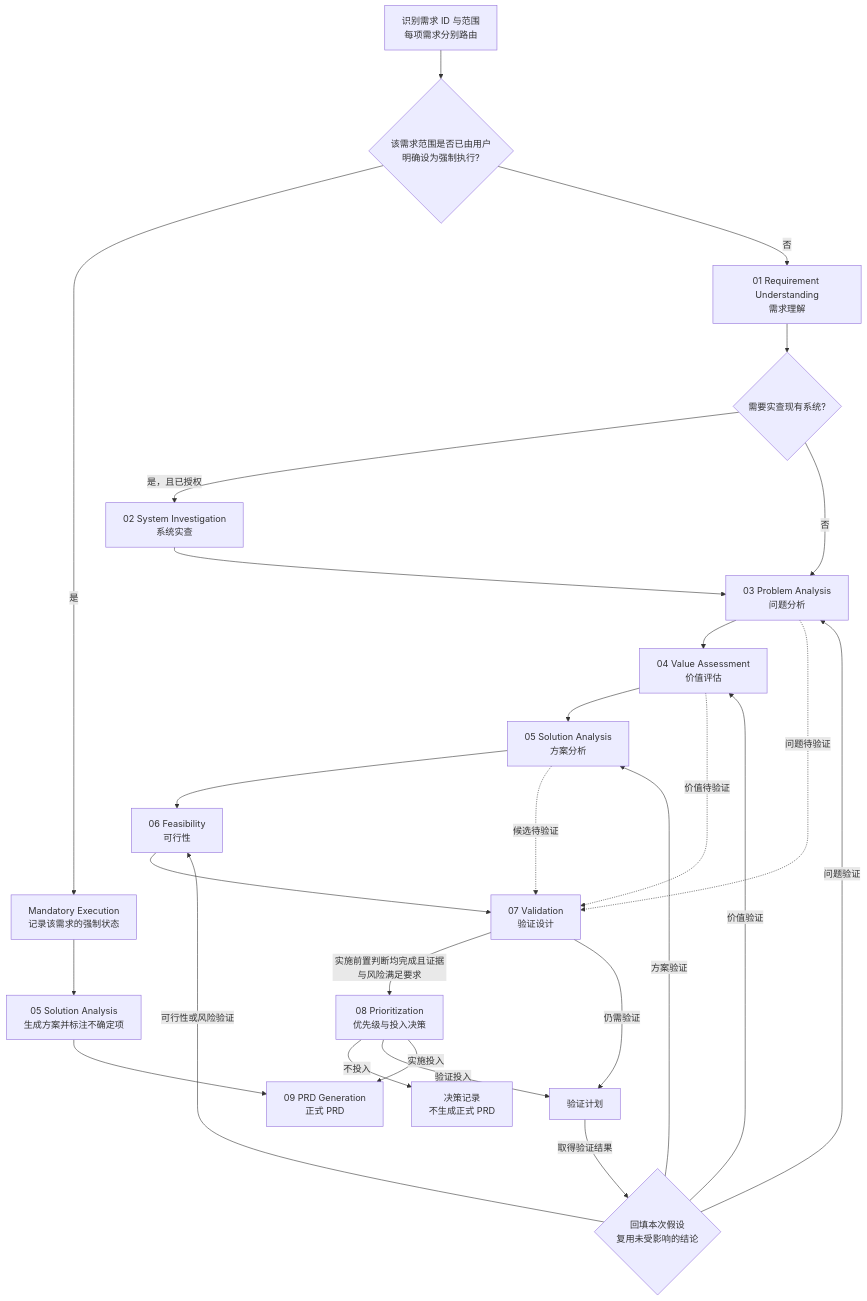
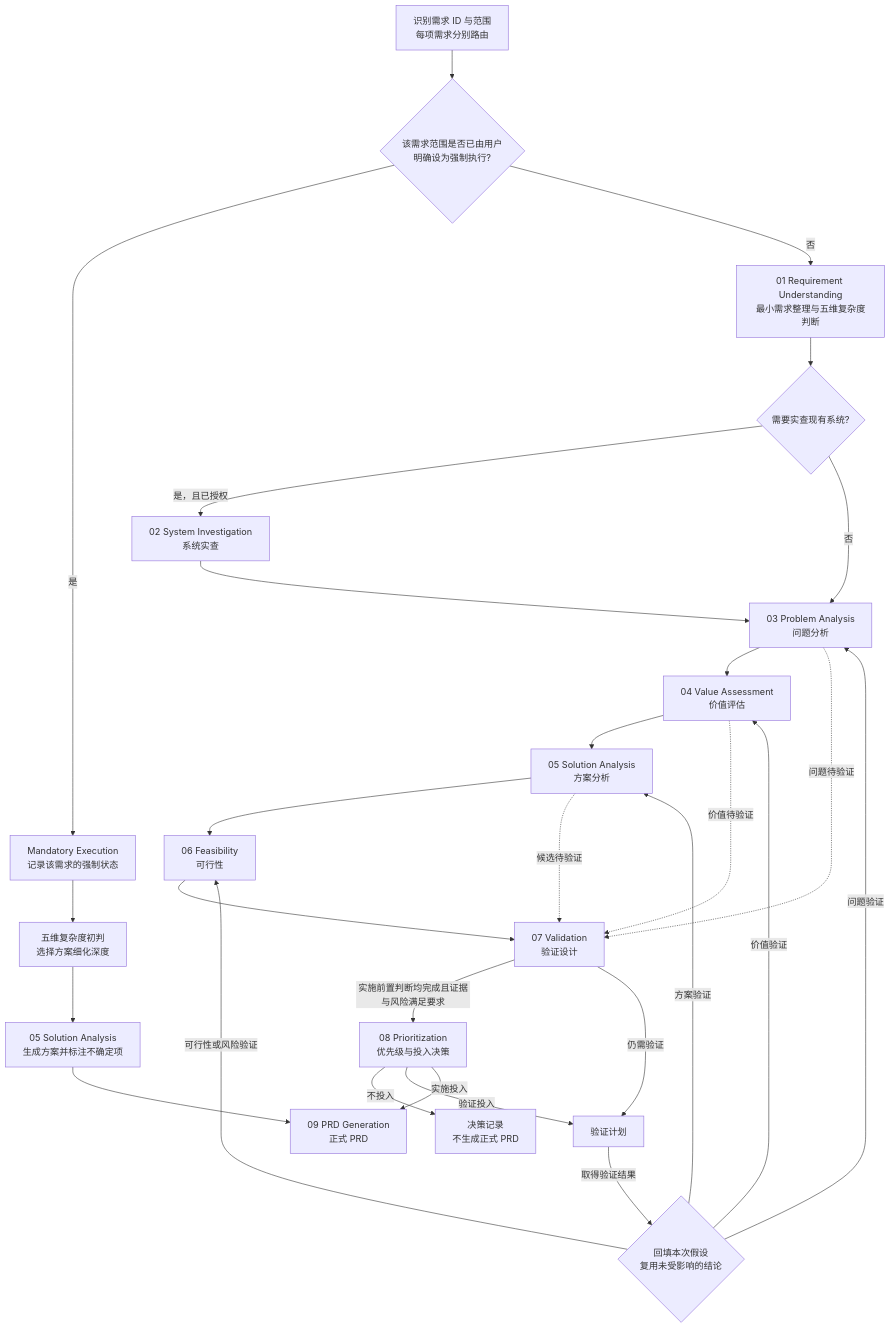
The diagram in README.md (sakura1412/read-her-heart), drawn with Mermaid before and after one commit. The commit also changed other lines of this file and 5 other files, not shown here.

Commit message:
Route requirement analysis by five-dimensional complexity

````diff
--- a/README.md
+++ b/README.md
@@ -56,29 +56,30 @@
 ```mermaid
 flowchart TD
     S[识别需求 ID 与范围<br/>每项需求分别路由] --> M{该需求范围是否已由用户<br/>明确设为强制执行?}
     M -->|是| X[Mandatory Execution<br/>记录该需求的强制状态]
-    X --> Y[05 Solution Analysis<br/>生成方案并标注不确定项]
+    X --> Q[五维复杂度初判<br/>选择方案细化深度]
+    Q --> Y[05 Solution Analysis<br/>生成方案并标注不确定项]
     Y --> L[09 PRD Generation<br/>根据方案生成 PRD]
-    M -->|否| A[01 Requirement Understanding<br/>需求理解]
+    M -->|否| A[01 Requirement Understanding<br/>最小需求整理与五维复杂度判断]
     A --> B{需要实查现有系统?}
     B -->|是，且已授权| C[02 System Investigation<br/>系统实查]
     B -->|否| D[03 Problem Analysis<br/>问题分析]
     C --> D
     D --> E[04 Value Assessment<br/>价值评估]
     E --> F[05 Solution Analysis<br/>方案分析]
     F --> G[06 Feasibility<br/>可行性]
     G --> H[07 Validation<br/>验证设计]
     D -.->|问题待验证| H
     E -.->|价值待验证| H
     F -.->|候选待验证| H
     H -->|实施前置判断均完成且证据与风险满足要求| I[08 Prioritization<br/>优先级与投入决策]
     H -->|仍需验证| K[验证计划]
     I -->|不投入| J[决策记录<br/>不生成正式 PRD]
     I -->|验证投入| K
     K -->|取得验证结果| R{回填本次假设<br/>复用未受影响的结论}
     R -->|问题验证| D
     R -->|价值验证| E
     R -->|方案验证| F
     R -->|可行性或风险验证| G
     I -->|实施投入| L[09 PRD Generation<br/>正式 PRD]
 ```
````
